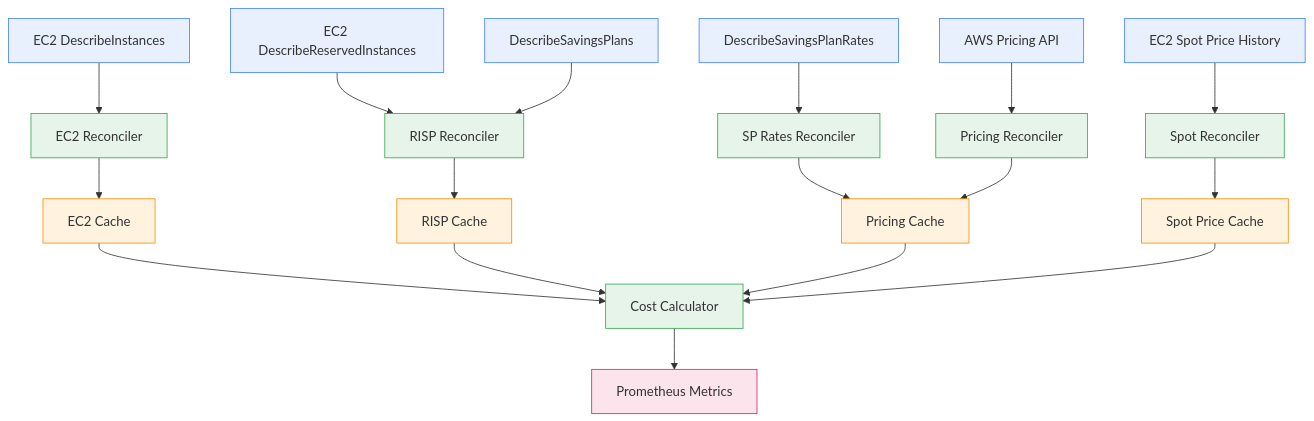
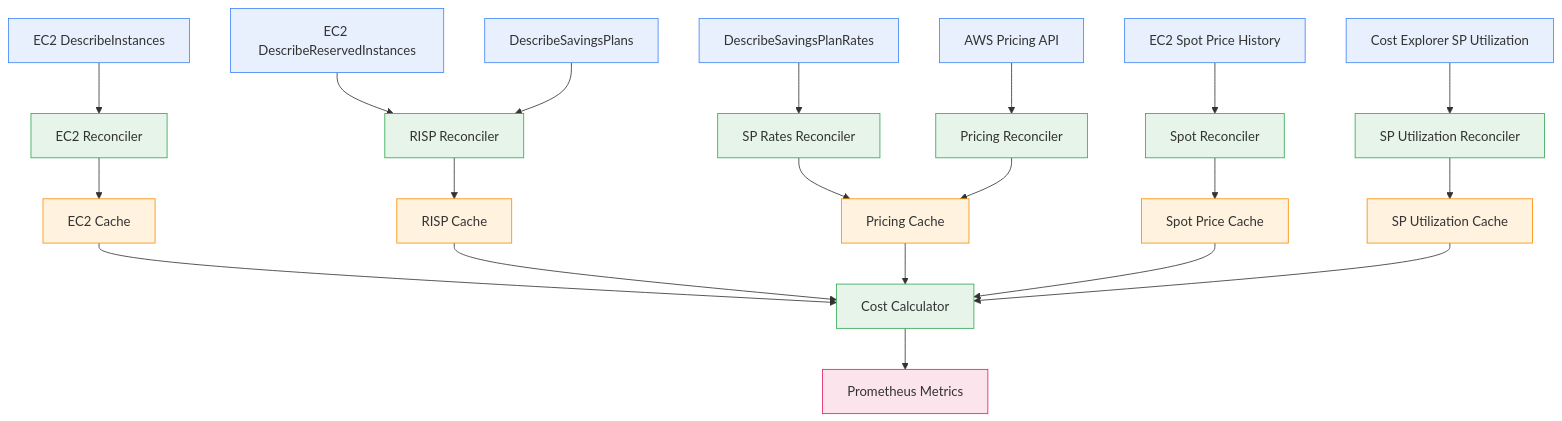
The second of 3 diagrams in website/content/en/docs/concepts/architecture.md (Nextdoor/lumina), drawn with Mermaid before and after one commit. The commit also changed other lines of this file and 34 other files, not shown here.

First line of the commit message:
fix(cost): reconcile compute savings plan utilization (#328)

````diff
--- a/website/content/en/docs/concepts/architecture.md
+++ b/website/content/en/docs/concepts/architecture.md
@@ -53,41 +53,46 @@
 ```mermaid
 graph TD
     classDef api fill:#E8F0FE,stroke:#4285F4,color:#333
     classDef recon fill:#E6F4EA,stroke:#34A853,color:#333
     classDef cache fill:#FFF3E0,stroke:#FB8C00,color:#333
     classDef output fill:#FCE4EC,stroke:#E91E63,color:#333
 
     EC2_API["EC2 DescribeInstances"]:::api
     RI_API["EC2 DescribeReservedInstances"]:::api
     SP_API["DescribeSavingsPlans"]:::api
     SPR_API["DescribeSavingsPlanRates"]:::api
     SPOT_API["EC2 Spot Price History"]:::api
     PRICING_API["AWS Pricing API"]:::api
+    CE_API["Cost Explorer SP Utilization"]:::api
 
     EC2R["EC2 Reconciler"]:::recon
     RISPR["RISP Reconciler"]:::recon
     SPRR["SP Rates Reconciler"]:::recon
     SPOTR["Spot Reconciler"]:::recon
     PRICINGR["Pricing Reconciler"]:::recon
+    CE_R["SP Utilization Reconciler"]:::recon
 
     EC2C["EC2 Cache"]:::cache
     RISPC["RISP Cache"]:::cache
     PRICEC["Pricing Cache"]:::cache
     SPOTC["Spot Price Cache"]:::cache
+    CE_C["SP Utilization Cache"]:::cache
 
     COST["Cost Calculator"]:::recon
     METRICS["Prometheus Metrics"]:::output
 
     EC2_API --> EC2R --> EC2C
     RI_API --> RISPR --> RISPC
     SP_API --> RISPR
     SPR_API --> SPRR --> PRICEC
     SPOT_API --> SPOTR --> SPOTC
     PRICING_API --> PRICINGR --> PRICEC
+    CE_API --> CE_R --> CE_C
 
     EC2C --> COST
     RISPC --> COST
     PRICEC --> COST
     SPOTC --> COST
+    CE_C --> COST
     COST --> METRICS
 ```
````
